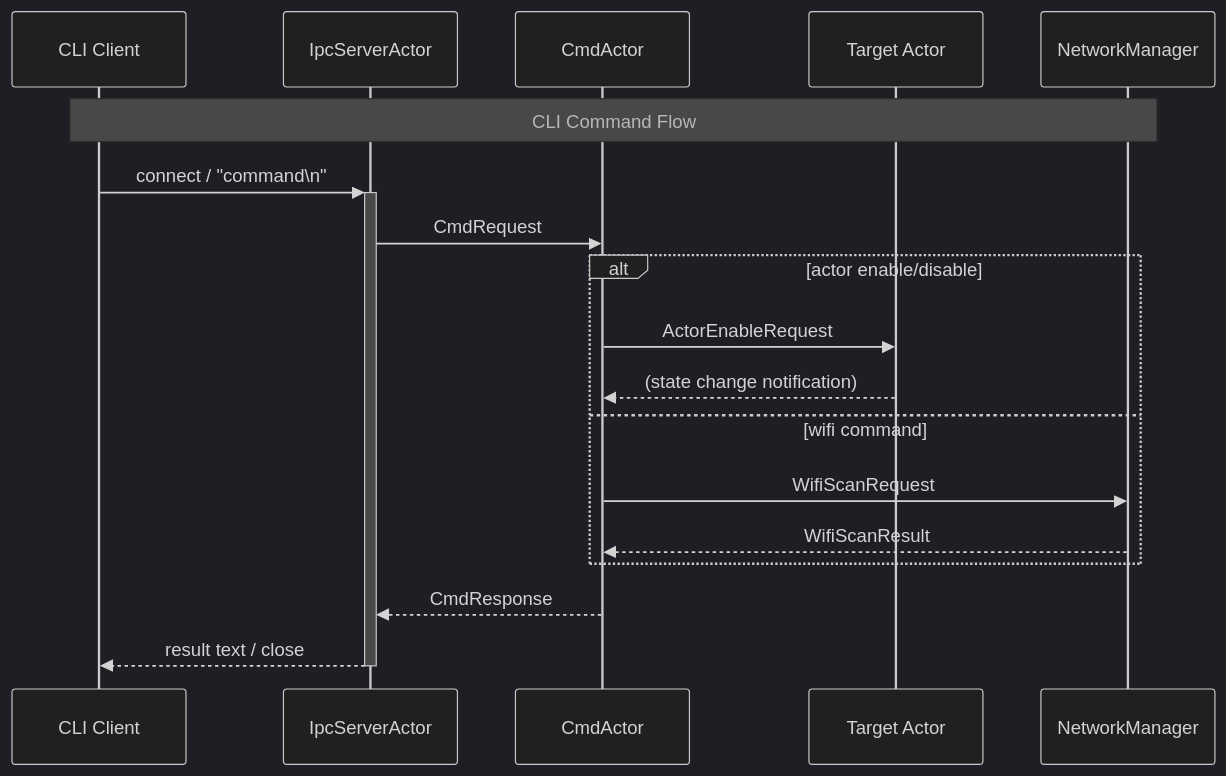
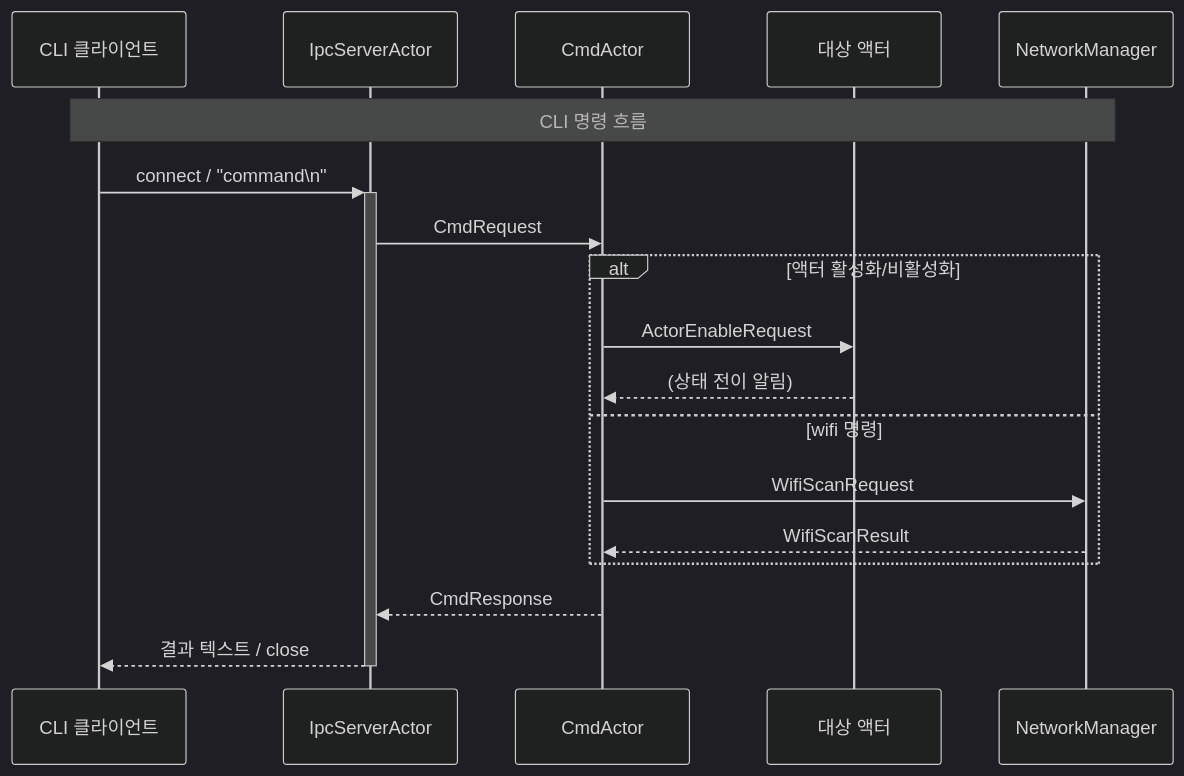
One commit to shoenkh15324/V2-Engine changed the sixth of 9 diagrams in README.md. Above: the diagram before and after it, drawn with Mermaid (dark theme). The commit also changed other lines of this file and 5 other files, not shown here.

````diff
--- a/README.md
+++ b/README.md
@@ -400,23 +402,23 @@
 ```mermaid
 sequenceDiagram
-    participant CLI as CLI Client
+    participant CLI as CLI 클라이언트
     participant IPC as IpcServerActor
     participant CMD as CmdActor
-    participant TGT as Target Actor
+    participant TGT as 대상 액터
     participant NM as NetworkManager
 
-    Note over CLI,NM: CLI Command Flow
+    Note over CLI,NM: CLI 명령 흐름
     CLI->>+IPC: connect / "command\n"
     IPC->>CMD: CmdRequest
 
-    alt actor enable/disable
+    alt 액터 활성화/비활성화
         CMD->>TGT: ActorEnableRequest
-        TGT-->>CMD: (state change notification)
-    else wifi command
+        TGT-->>CMD: (상태 전이 알림)
+    else wifi 명령
         CMD->>NM: WifiScanRequest
         NM-->>CMD: WifiScanResult
     end
 
     CMD-->>IPC: CmdResponse
-    IPC-->>-CLI: result text / close
+    IPC-->>-CLI: 결과 텍스트 / close
 ```
````
